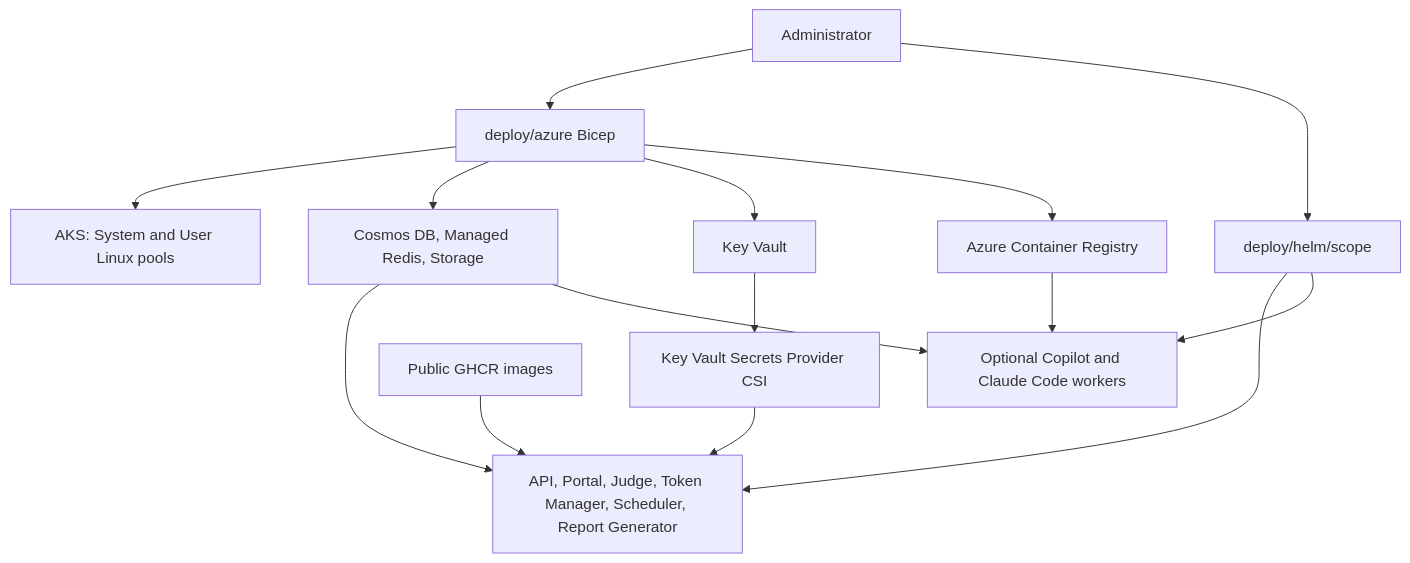
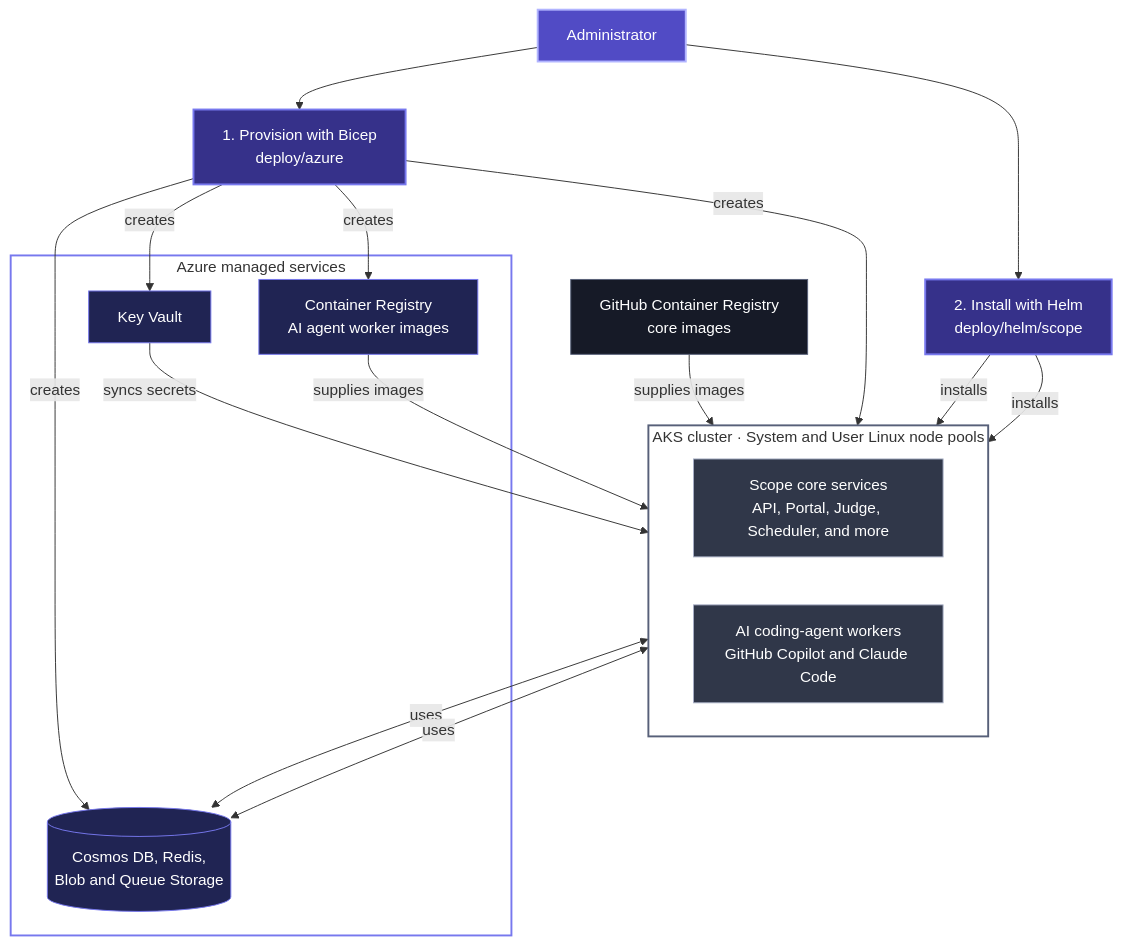
The diagram in website/src/content/docs/self-hosting/overview.md (1aifanatic/scope), drawn with Mermaid before and after one commit. The commit also changed other lines of this file and 13 other files, not shown here.

````diff
--- a/website/src/content/docs/self-hosting/overview.md
+++ b/website/src/content/docs/self-hosting/overview.md
@@ -33,17 +34,48 @@
 ```mermaid
 flowchart TD
-    User[Administrator] --> Azure[deploy/azure Bicep]
-    Azure --> AKS[AKS: System and User Linux pools]
-    Azure --> Data[Cosmos DB, Managed Redis, Storage]
-    Azure --> KV[Key Vault]
-    Azure --> ACR[Azure Container Registry]
-    User --> Helm[deploy/helm/scope]
-    Helm --> Core[API, Portal, Judge, Token Manager, Scheduler, Report Generator]
-    Helm --> Workers[Optional Copilot and Claude Code workers]
-    GHCR[Public GHCR images] --> Core
-    ACR --> Workers
-    KV --> CSI[Key Vault Secrets Provider CSI]
-    CSI --> Core
-    Data --> Core
-    Data --> Workers
+    Admin[Administrator]
+    Bicep[1. Provision with Bicep<br/>deploy/azure]
+    Helm[2. Install with Helm<br/>deploy/helm/scope]
+
+    Admin --> Bicep
+    Admin --> Helm
+
+    subgraph Azure["Azure managed services"]
+        Data[(Cosmos DB, Redis,<br/>Blob and Queue Storage)]
+        KV[Key Vault]
+        ACR[Container Registry<br/>AI agent worker images]
+    end
+
+    subgraph AKS["AKS cluster · System and User Linux node pools"]
+        direction LR
+        Core[Scope core services<br/>API, Portal, Judge, Scheduler, and more]
+        Workers[AI coding-agent workers<br/>GitHub Copilot and Claude Code]
+    end
+
+    Bicep -->|creates| Data
+    Bicep -->|creates| KV
+    Bicep -->|creates| ACR
+    Bicep -->|creates| AKS
+    Helm -->|installs| Core
+    Helm -->|installs| Workers
+    GHCR[GitHub Container Registry<br/>core images] -->|supplies images| Core
+    ACR -->|supplies images| Workers
+    KV -->|syncs secrets| Core
+    Core <-->|uses| Data
+    Workers <-->|uses| Data
+
+    classDef actor fill:#514bc5,stroke:#b1b4ff,color:#fff,stroke-width:2px
+    classDef deployment fill:#36318a,stroke:#7778ee,color:#fff,stroke-width:2px
+    classDef managed fill:#202453,stroke:#7778ee,color:#fff
+    classDef workload fill:#303749,stroke:#a7afc5,color:#fff
+    classDef registry fill:#161a27,stroke:#576079,color:#fff
+
+    class Admin actor
+    class Bicep,Helm deployment
+    class Data,KV,ACR managed
+    class Core,Workers workload
+    class GHCR registry
+
+    style Azure fill:transparent,stroke:#7778ee,stroke-width:2px
+    style AKS fill:transparent,stroke:#576079,stroke-width:2px
 ```
````
